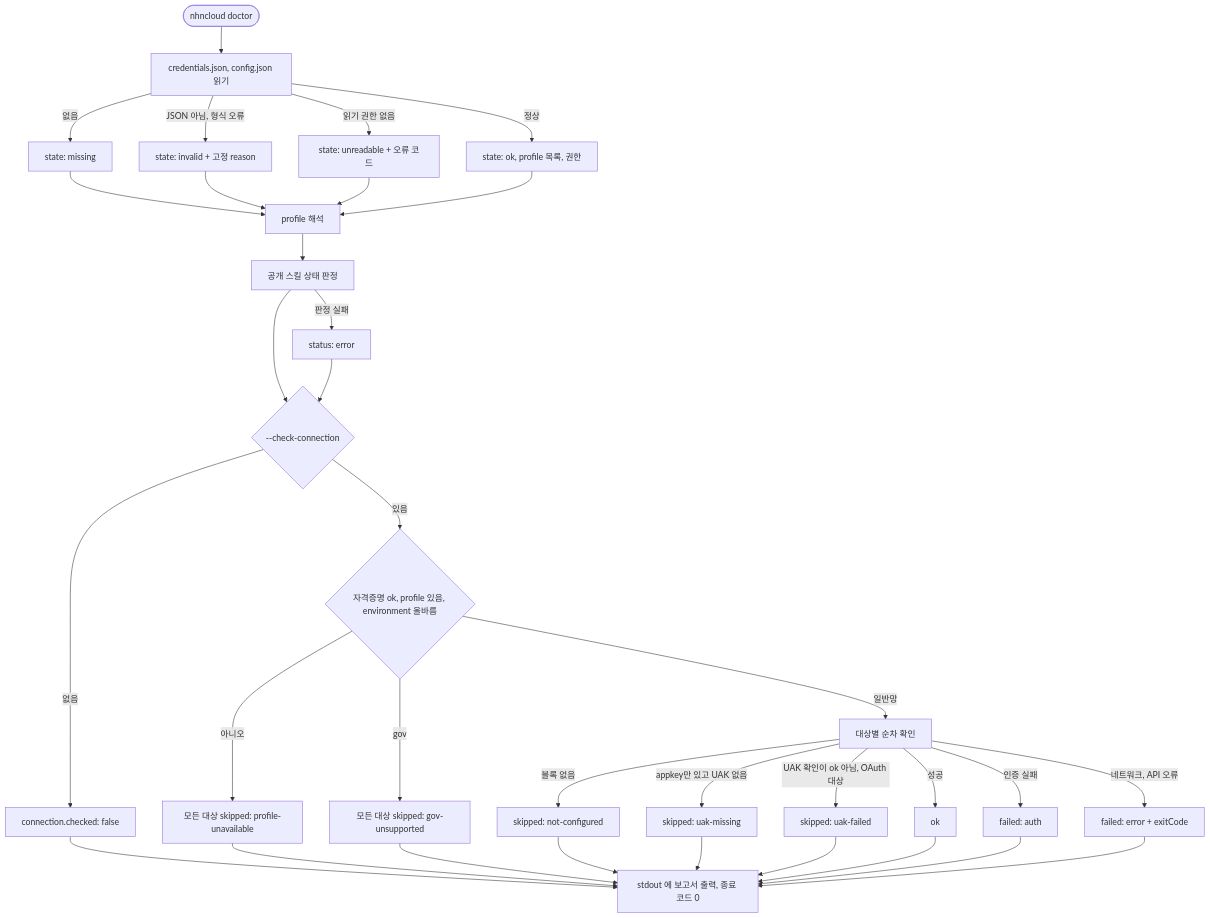
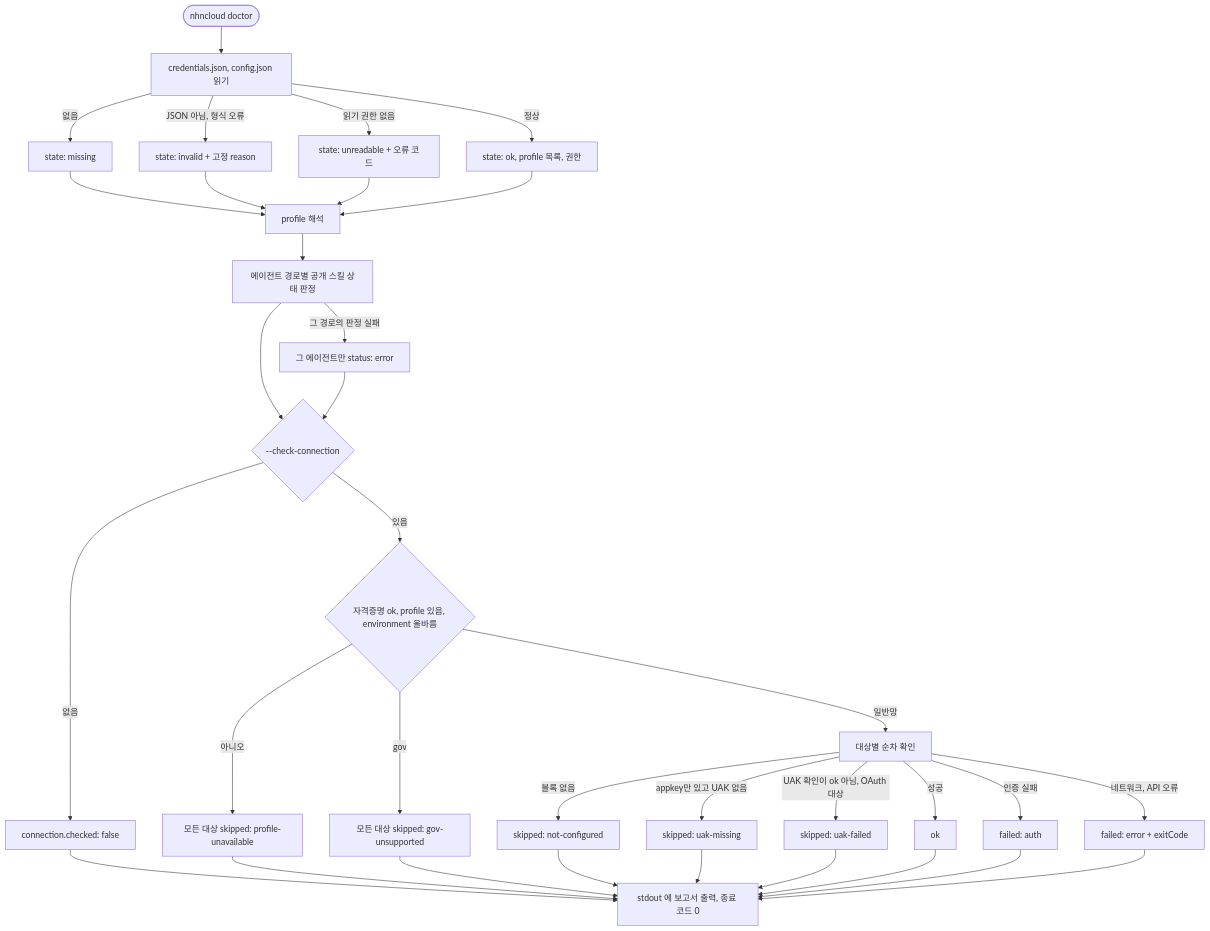
The first of 2 diagrams in docs/flow.md (jon890/nhncloud-cli), drawn with Mermaid before and after one commit. The commit also changed other lines of this file and 6 other files, not shown here.

````diff
--- a/docs/flow.md
+++ b/docs/flow.md
@@ -83,25 +83,25 @@
 ```mermaid
 flowchart TD
   start([nhncloud doctor]) --> files[credentials.json, config.json 읽기]
   files -->|없음| missing[state: missing]
   files -->|JSON 아님, 형식 오류| invalid[state: invalid + 고정 reason]
   files -->|읽기 권한 없음| unreadable[state: unreadable + 오류 코드]
   files -->|정상| ok[state: ok, profile 목록, 권한]
   missing & invalid & unreadable & ok --> resolve[profile 해석]
-  resolve --> skill[공개 스킬 상태 판정]
-  skill -->|판정 실패| skillerr[status: error]
+  resolve --> skill[에이전트 경로별 공개 스킬 상태 판정]
+  skill -->|그 경로의 판정 실패| skillerr[그 에이전트만 status: error]
   skill --> flag{--check-connection}
   skillerr --> flag
   flag -->|없음| report[connection.checked: false]
   flag -->|있음| usable{자격증명 ok, profile 있음, environment 올바름}
   usable -->|아니오| unavailable[모든 대상 skipped: profile-unavailable]
   usable -->|gov| gov[모든 대상 skipped: gov-unsupported]
   usable -->|일반망| probe[대상별 순차 확인]
   probe -->|블록 없음| nc[skipped: not-configured]
   probe -->|appkey만 있고 UAK 없음| um[skipped: uak-missing]
   probe -->|UAK 확인이 ok 아님, OAuth 대상| uf[skipped: uak-failed]
   probe -->|성공| pass[ok]
   probe -->|인증 실패| auth[failed: auth]
   probe -->|네트워크, API 오류| err[failed: error + exitCode]
   report & unavailable & gov & nc & um & uf & pass & auth & err --> out[stdout 에 보고서 출력, 종료 코드 0]
 ```
````
